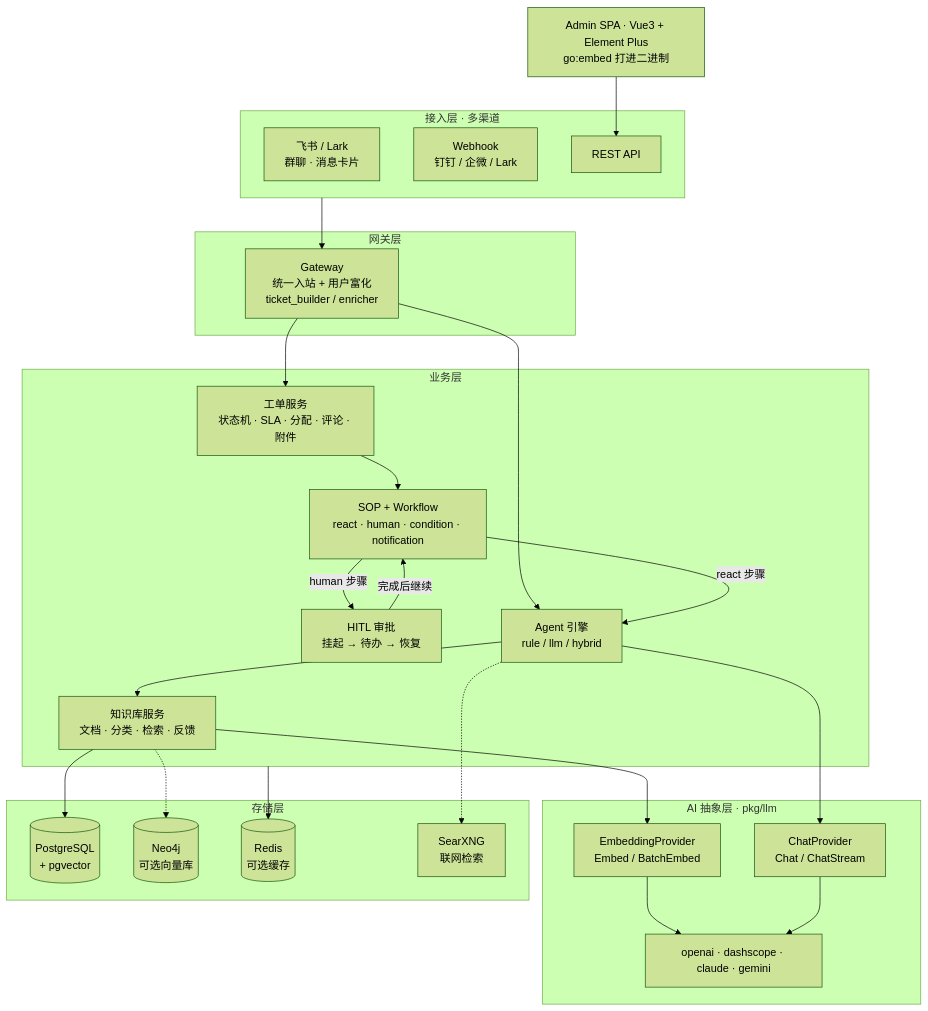
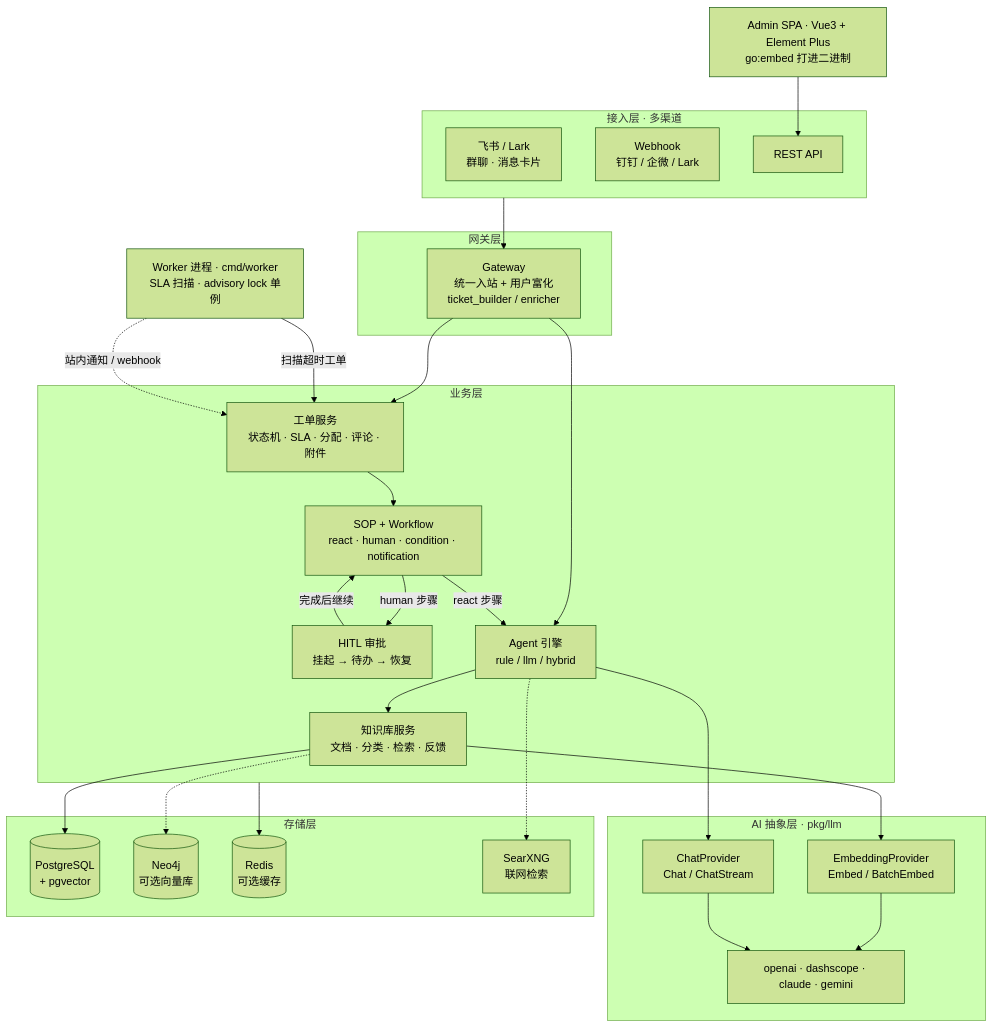
One commit to cugbtang/husky changed the diagram in README.md. Above: the diagram before and after it, drawn with Mermaid (forest theme). The commit also changed other lines of this file and 10 other files, not shown here.

First line of the commit message:
feat(worker): 把 SLA 扫描从 API 进程拆成独立后台进程

````diff
--- a/README.md
+++ b/README.md
@@ -39,52 +66,56 @@
 ```mermaid
 flowchart TD
     subgraph CH["接入层 · 多渠道"]
         FS["飞书 / Lark<br/>群聊 · 消息卡片"]
         WH["Webhook<br/>钉钉 / 企微 / Lark"]
         API["REST API"]
     end
 
     subgraph GW["网关层"]
         G["Gateway<br/>统一入站 + 用户富化<br/>ticket_builder / enricher"]
     end
 
     subgraph CORE["业务层"]
         T["工单服务<br/>状态机 · SLA · 分配 · 评论 · 附件"]
         K["知识库服务<br/>文档 · 分类 · 检索 · 反馈"]
         A["Agent 引擎<br/>rule / llm / hybrid"]
         S["SOP + Workflow<br/>react · human · condition · notification"]
         HITL["HITL 审批<br/>挂起 → 待办 → 恢复"]
     end
 
     subgraph LLM["AI 抽象层 · pkg/llm"]
         EP["EmbeddingProvider<br/>Embed / BatchEmbed"]
         CP["ChatProvider<br/>Chat / ChatStream"]
         P["openai · dashscope · claude · gemini"]
     end
 
     subgraph STORE["存储层"]
         PG[("PostgreSQL<br/>+ pgvector")]
         NEO[("Neo4j<br/>可选向量库")]
         RD[("Redis<br/>可选缓存")]
         SEA["SearXNG<br/>联网检索"]
     end
 
     UI["Admin SPA · Vue3 + Element Plus<br/>go:embed 打进二进制"]
 
+    W["Worker 进程 · cmd/worker<br/>SLA 扫描 · advisory lock 单例"]
+
     CH --> G --> T
     G --> A
     T --> S
     S -->|"react 步骤"| A
     S -->|"human 步骤"| HITL
     HITL -->|"完成后继续"| S
+    W -->|"扫描超时工单"| T
+    W -.->|"站内通知 / webhook"| T
     A --> K
     K --> PG
     K -.-> NEO
     A --> CP
     K --> EP
     EP --> P
     CP --> P
     A -.-> SEA
     CORE --> RD
     UI --> API
 ```
````
